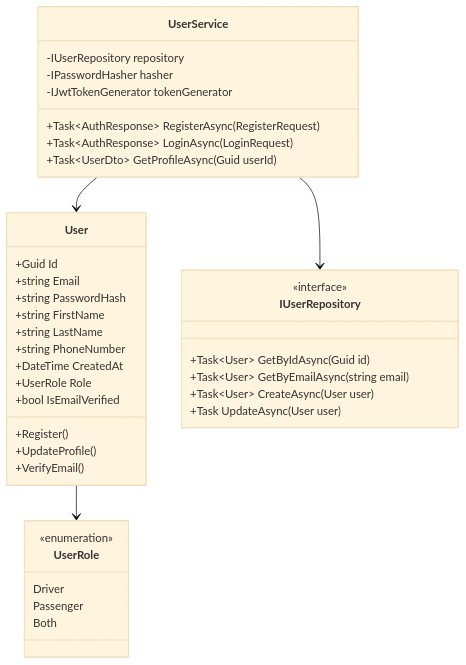
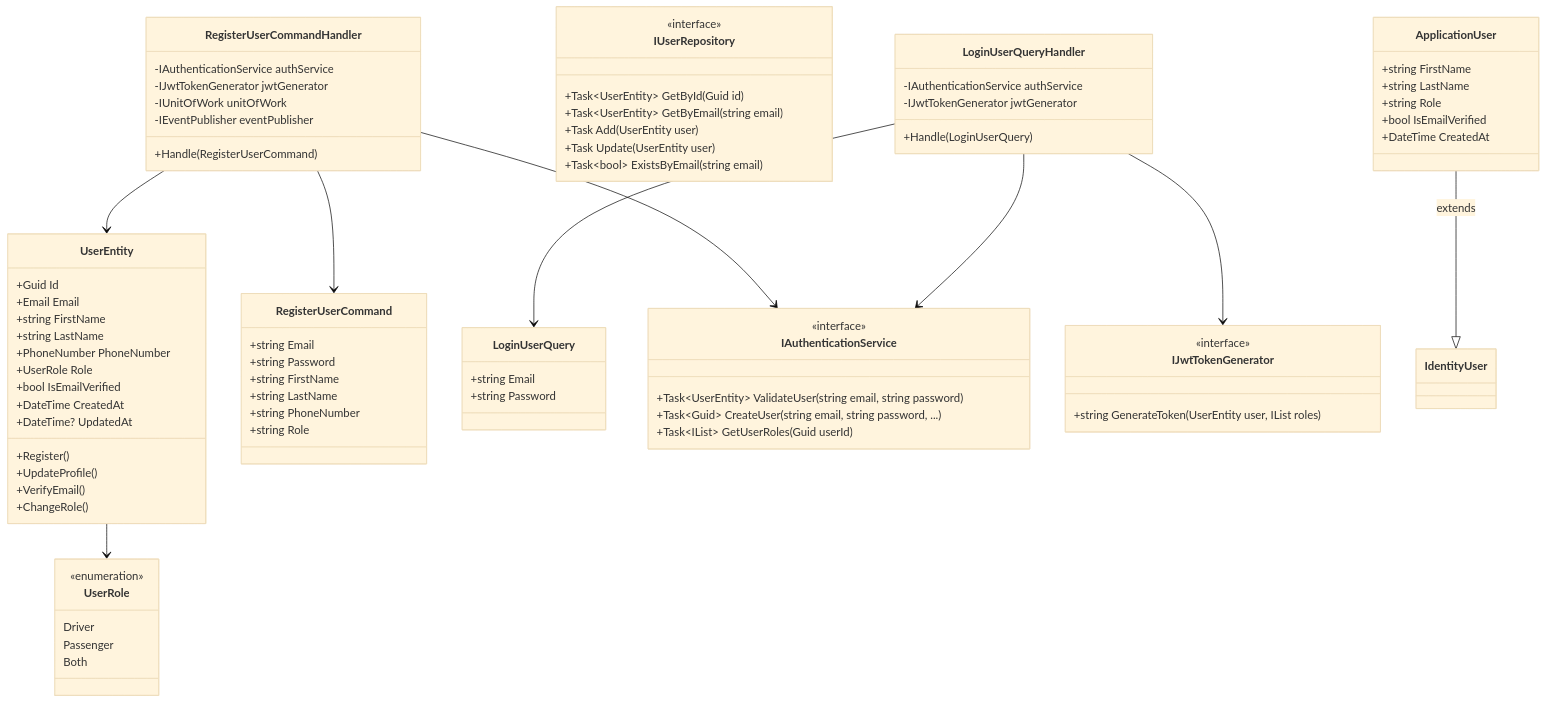
The diagram in RideBuddy/diagrams/userService.mmd (marijaa010/RideBuddy), drawn with Mermaid (base theme) before and after one commit. The commit also changed 78 other files, not shown here.

Commit message:
feat: implement User service and extract SharedKernel from Booking.Domain

```diff
--- a/RideBuddy/diagrams/userService.mmd
+++ b/RideBuddy/diagrams/userService.mmd
@@ -1,43 +1,89 @@
 classDiagram
-    class User {
+    class UserEntity {
         +Guid Id
-        +string Email
-        +string PasswordHash
+        +Email Email
         +string FirstName
         +string LastName
-        +string PhoneNumber
-        +DateTime CreatedAt
+        +PhoneNumber PhoneNumber
         +UserRole Role
         +bool IsEmailVerified
+        +DateTime CreatedAt
+        +DateTime? UpdatedAt
         +Register()
         +UpdateProfile()
         +VerifyEmail()
+        +ChangeRole()
     }
-    
+
     class UserRole {
         <<enumeration>>
         Driver
         Passenger
         Both
     }
-    
+
+    class ApplicationUser {
+        +string FirstName
+        +string LastName
+        +string Role
+        +bool IsEmailVerified
+        +DateTime CreatedAt
+    }
+
     class IUserRepository {
         <<interface>>
-        +Task~User~ GetByIdAsync(Guid id)
-        +Task~User~ GetByEmailAsync(string email)
-        +Task~User~ CreateAsync(User user)
-        +Task UpdateAsync(User user)
+        +Task~UserEntity~ GetById(Guid id)
+        +Task~UserEntity~ GetByEmail(string email)
+        +Task Add(UserEntity user)
+        +Task Update(UserEntity user)
+        +Task~bool~ ExistsByEmail(string email)
     }
-    
-    class UserService {
-        -IUserRepository repository
-        -IPasswordHasher hasher
-        -IJwtTokenGenerator tokenGenerator
-        +Task~AuthResponse~ RegisterAsync(RegisterRequest)
-        +Task~AuthResponse~ LoginAsync(LoginRequest)
-        +Task~UserDto~ GetProfileAsync(Guid userId)
+
+    class RegisterUserCommand {
+        +string Email
+        +string Password
+        +string FirstName
+        +string LastName
+        +string PhoneNumber
+        +string Role
     }
-    
-    User --> UserRole
-    UserService --> IUserRepository
-    UserService --> User
+
+    class RegisterUserCommandHandler {
+        -IAuthenticationService authService
+        -IJwtTokenGenerator jwtGenerator
+        -IUnitOfWork unitOfWork
+        -IEventPublisher eventPublisher
+        +Handle(RegisterUserCommand)
+    }
+
+    class LoginUserQuery {
+        +string Email
+        +string Password
+    }
+
+    class LoginUserQueryHandler {
+        -IAuthenticationService authService
+        -IJwtTokenGenerator jwtGenerator
+        +Handle(LoginUserQuery)
+    }
+
+    class IAuthenticationService {
+        <<interface>>
+        +Task~UserEntity~ ValidateUser(string email, string password)
+        +Task~Guid~ CreateUser(string email, string password, ...)
+        +Task~IList~ GetUserRoles(Guid userId)
+    }
+
+    class IJwtTokenGenerator {
+        <<interface>>
+        +string GenerateToken(UserEntity user, IList roles)
+    }
+
+    UserEntity --> UserRole
+    ApplicationUser --|> IdentityUser : extends
+    RegisterUserCommandHandler --> RegisterUserCommand
+    RegisterUserCommandHandler --> UserEntity
+    RegisterUserCommandHandler --> IAuthenticationService
+    LoginUserQueryHandler --> LoginUserQuery
+    LoginUserQueryHandler --> IAuthenticationService
+    LoginUserQueryHandler --> IJwtTokenGenerator
```
